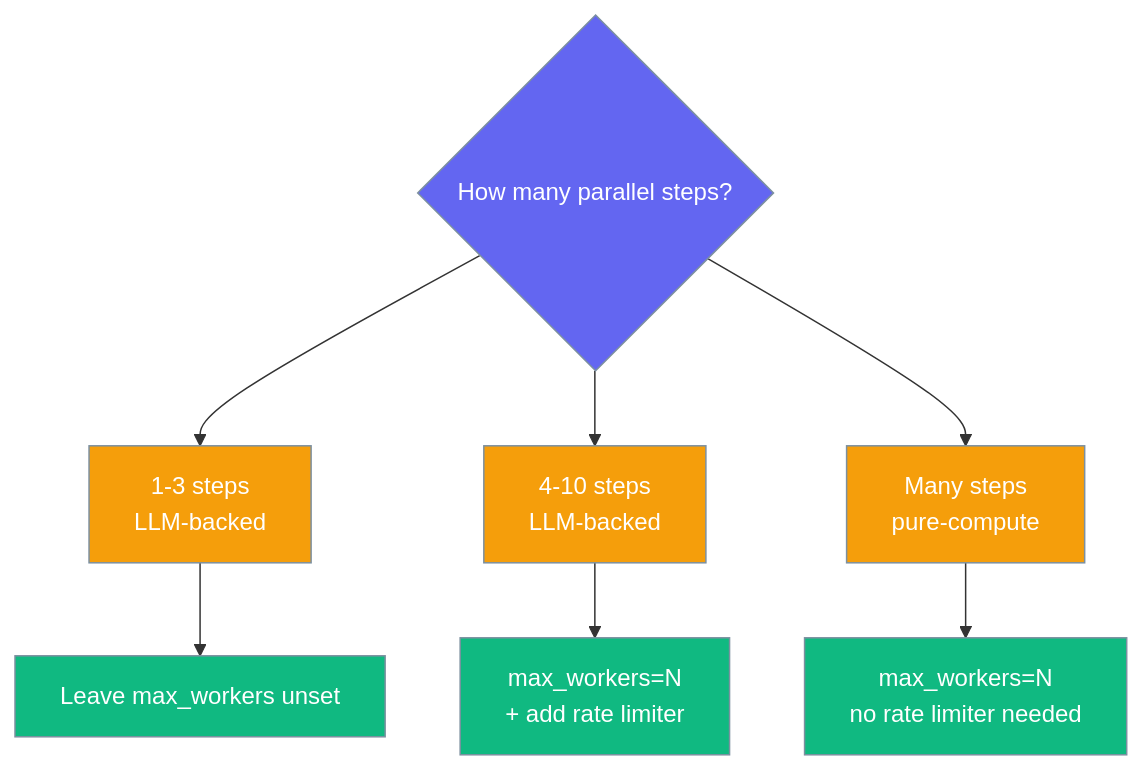
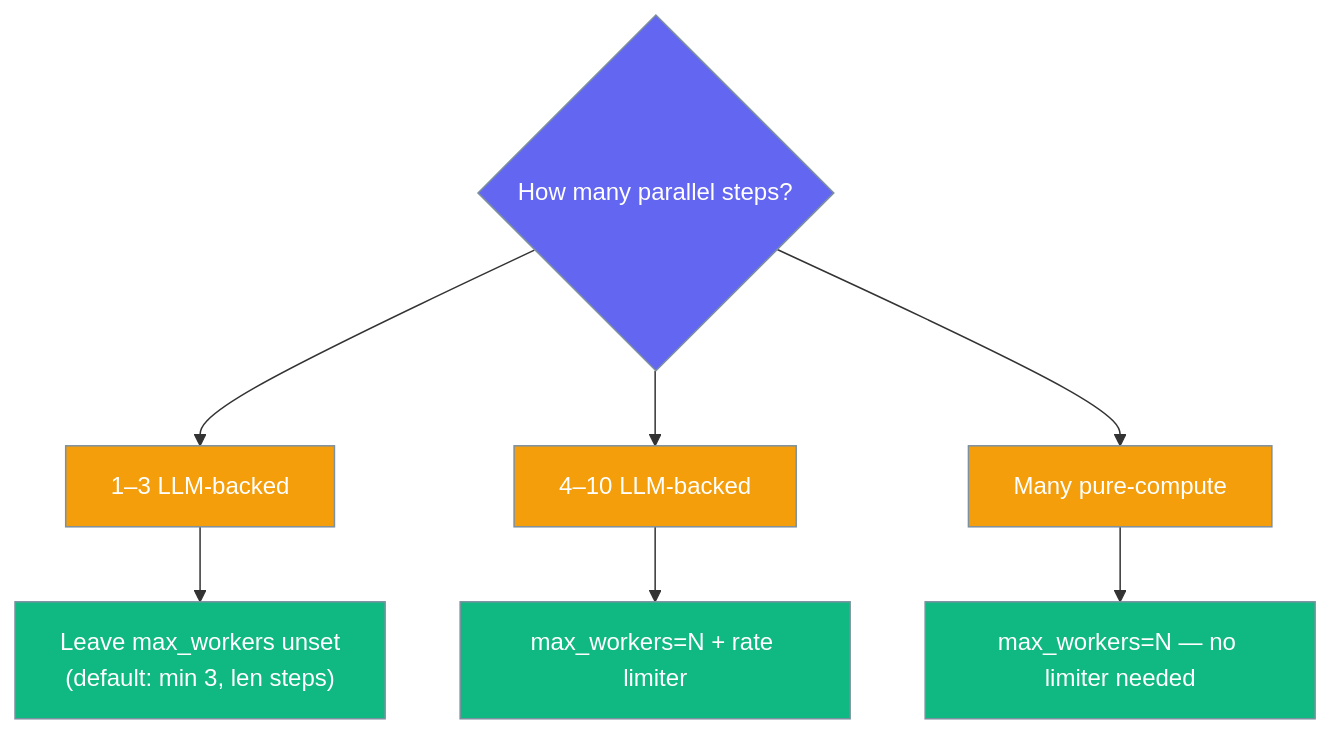
The fourth of 11 diagrams in docs/features/workflows.mdx (MervinPraison/PraisonAIDocs), drawn with Mermaid before and after one commit. The commit also changed other lines of this file and 4 other files, not shown here.

````diff
--- a/docs/features/workflows.mdx
+++ b/docs/features/workflows.mdx
@@ -271,16 +216,17 @@
 ```mermaid
 graph TB
-    Q{How many parallel steps?} --> A[1-3 steps<br/>LLM-backed]
-    Q --> B[4-10 steps<br/>LLM-backed]
-    Q --> C[Many steps<br/>pure-compute]
-    A --> A1[Leave max_workers unset]
-    B --> B1[max_workers=N<br/>+ add rate limiter]
-    C --> C1[max_workers=N<br/>no rate limiter needed]
+    Q2{How many parallel steps?} --> L[1–3 LLM-backed]
+    Q2 --> M[4–10 LLM-backed]
+    Q2 --> H[Many pure-compute]
 
-    classDef q fill:#6366F1,stroke:#7C90A0,color:#fff
-    classDef opt fill:#F59E0B,stroke:#7C90A0,color:#fff
-    classDef ans fill:#10B981,stroke:#7C90A0,color:#fff
-    class Q q
-    class A,B,C opt
-    class A1,B1,C1 ans
+    L --> L1["Leave max_workers unset<br/>(default: min 3, len steps)"]
+    M --> M1["max_workers=N + rate limiter"]
+    H --> H1["max_workers=N — no limiter needed"]
+
+    classDef q    fill:#6366F1,stroke:#7C90A0,color:#fff
+    classDef opt  fill:#F59E0B,stroke:#7C90A0,color:#fff
+    classDef ans  fill:#10B981,stroke:#7C90A0,color:#fff
+    class Q2 q
+    class L,M,H opt
+    class L1,M1,H1 ans
 ```
````
